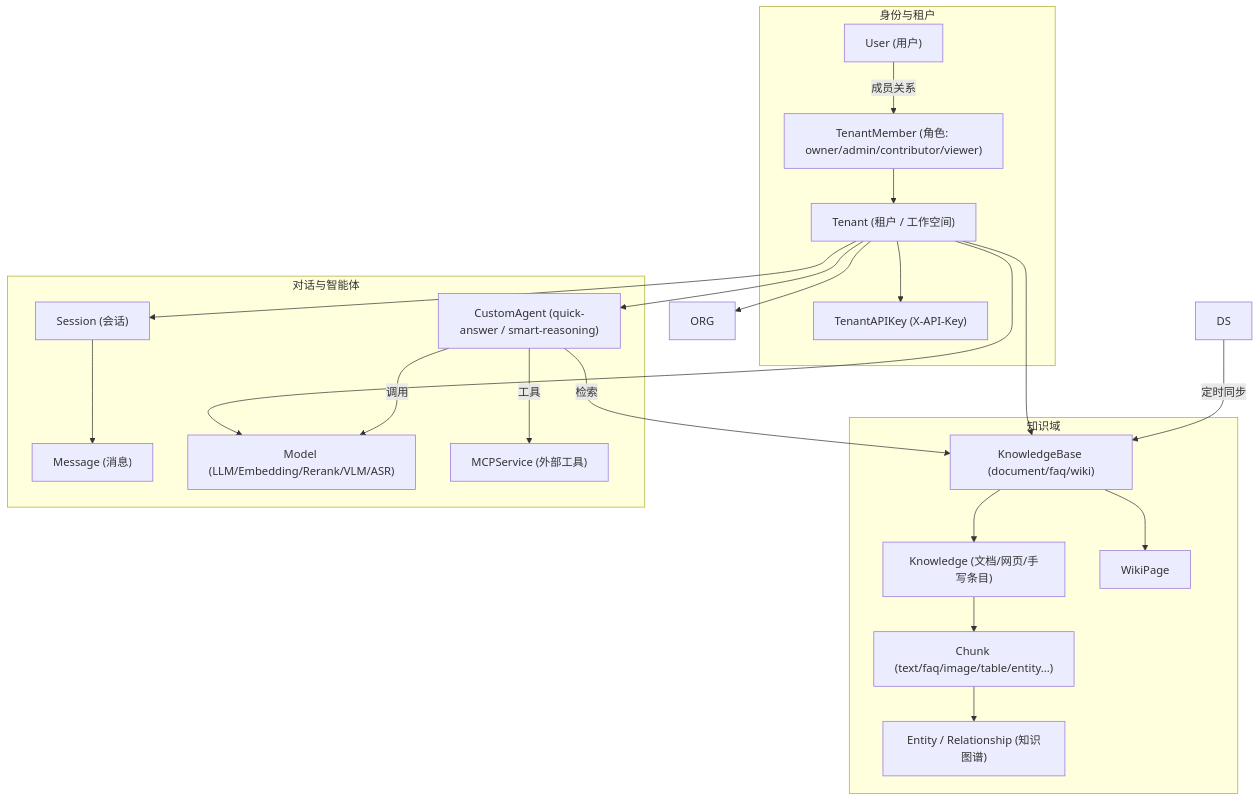
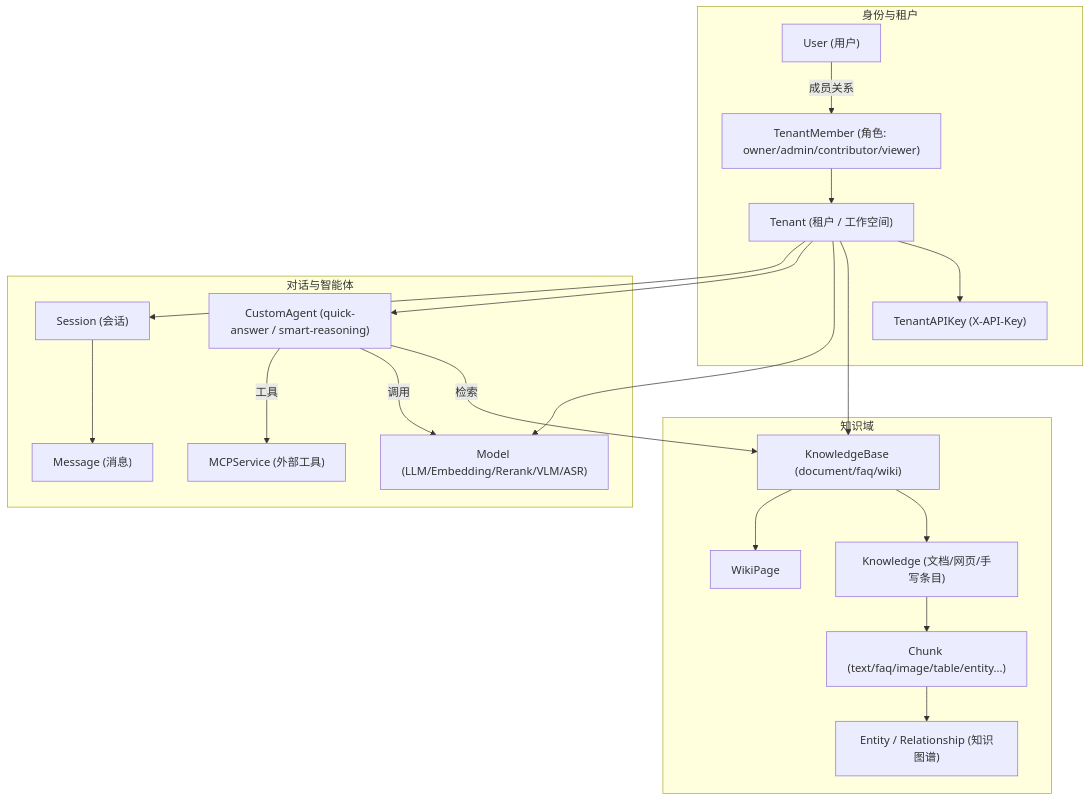
Before and after one commit to qinlei131479/WeKnora: the first of 2 diagrams in apps/docs/01-getting-started/01-introduction.md, drawn with Mermaid. The commit also changed other lines of this file and 66 other files, not shown here.

````diff
--- a/apps/docs/01-getting-started/01-introduction.md
+++ b/apps/docs/01-getting-started/01-introduction.md
@@ -68,39 +67,35 @@
 ```mermaid
 flowchart TB
     subgraph identity["身份与租户"]
         U["User (用户)"]
         T["Tenant (租户 / 工作空间)"]
         TM["TenantMember (角色: owner/admin/contributor/viewer)"]
         AK["TenantAPIKey (X-API-Key)"]
-        %% ORG["Organization (跨租户组织)"]
     end
     subgraph knowledge["知识域"]
         KB["KnowledgeBase (document/faq/wiki)"]
         K["Knowledge (文档/网页/手写条目)"]
         C["Chunk (text/faq/image/table/entity...)"]
         W["WikiPage"]
         G["Entity / Relationship (知识图谱)"]
-        %% DS["DataSource (飞书/Notion/RSS...)"]
     end
     subgraph chat["对话与智能体"]
         S["Session (会话)"]
         MSG["Message (消息)"]
         AG["CustomAgent (quick-answer / smart-reasoning)"]
         M["Model (LLM/Embedding/Rerank/VLM/ASR)"]
         MCP["MCPService (外部工具)"]
     end
     U -- "成员关系" --> TM --> T
     T --> AK
-    T --> ORG
     T --> KB
     T --> M
     T --> AG
     KB --> K --> C
     KB --> W
     C --> G
-    DS -- "定时同步" --> KB
     T --> S --> MSG
     AG -- "检索" --> KB
     AG -- "调用" --> M
     AG -- "工具" --> MCP
 ```
````
